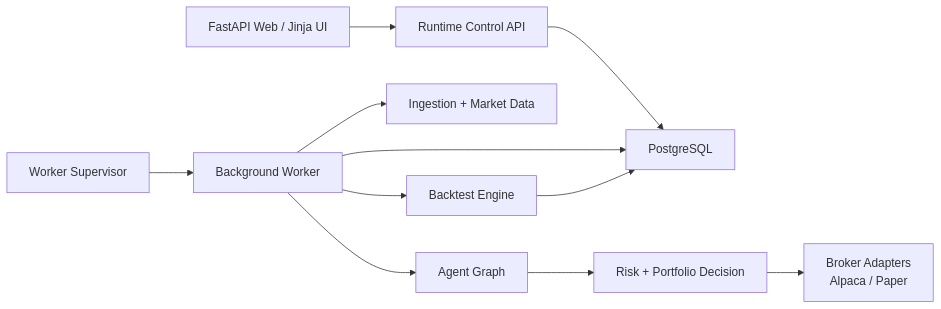
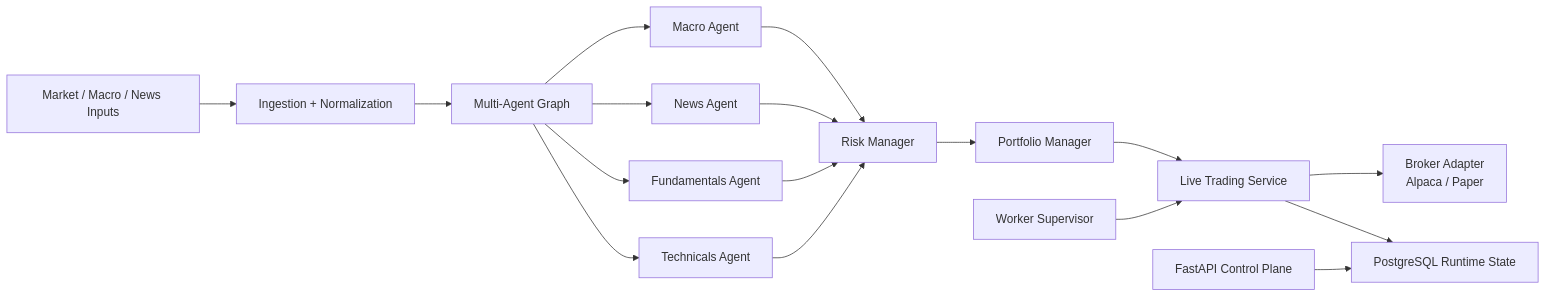
The diagram in README.md (sniperrich/FionaTrade), drawn with Mermaid before and after one commit. The commit also changed other lines of this file, not shown here.

````diff
--- a/README.md
+++ b/README.md
@@ -42,13 +51,19 @@
 ```mermaid
 flowchart LR
-    A["FastAPI Web / Jinja UI"] --> B["Runtime Control API"]
-    B --> C["PostgreSQL"]
-    D["Worker Supervisor"] --> E["Background Worker"]
-    E --> C
-    E --> F["Ingestion + Market Data"]
-    E --> G["Agent Graph"]
-    G --> H["Risk + Portfolio Decision"]
-    H --> I["Broker Adapters<br/>Alpaca / Paper"]
-    E --> J["Backtest Engine"]
-    J --> C
+    A["Market / Macro / News Inputs"] --> B["Ingestion + Normalization"]
+    B --> C["Multi-Agent Graph"]
+    C --> C1["Macro Agent"]
+    C --> C2["News Agent"]
+    C --> C3["Fundamentals Agent"]
+    C --> C4["Technicals Agent"]
+    C1 --> D["Risk Manager"]
+    C2 --> D
+    C3 --> D
+    C4 --> D
+    D --> E["Portfolio Manager"]
+    E --> F["Live Trading Service"]
+    F --> G["Broker Adapter<br/>Alpaca / Paper"]
+    F --> H["PostgreSQL Runtime State"]
+    I["FastAPI Control Plane"] --> H
+    J["Worker Supervisor"] --> F
 ```
````
